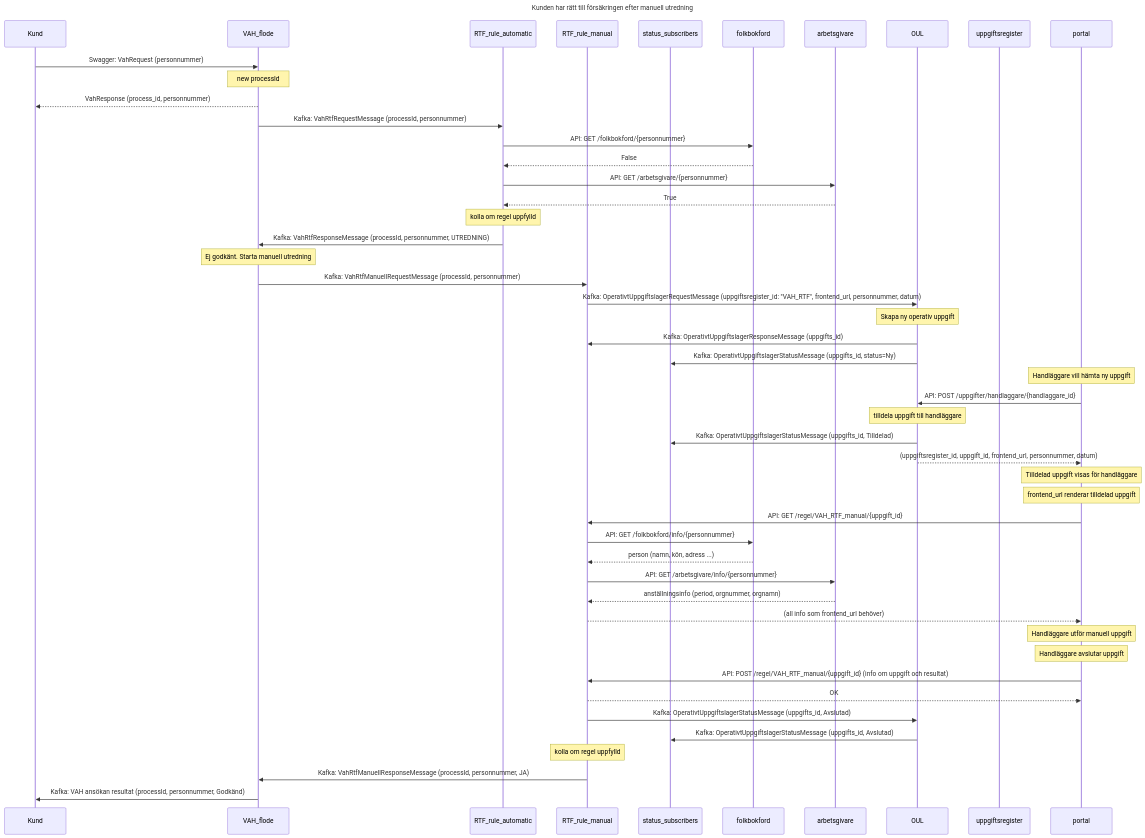
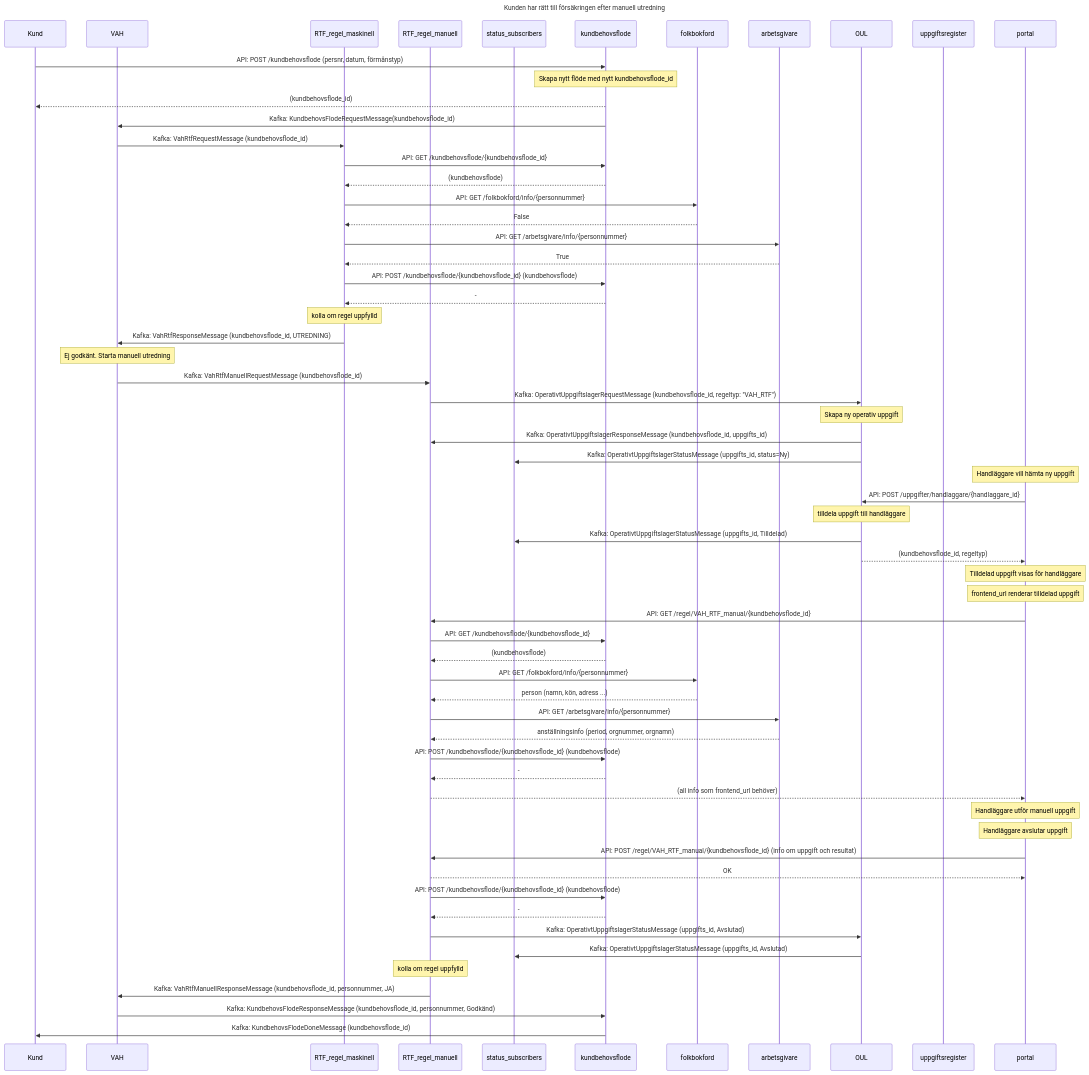
Before and after one commit to Forsakringskassan/rimfrost: the diagram in sequences/ratt_till_forsakring_manuellt_datamodel.mmd, drawn with Mermaid. The commit also changed 1 other file, not shown here.

Commit message:
feature: sekvensdiagram för kundbehovsflöde

```diff
--- a/sequences/ratt_till_forsakring_manuellt_datamodel.mmd
+++ b/sequences/ratt_till_forsakring_manuellt_datamodel.mmd
@@ -1,59 +1,80 @@
 sequenceDiagram
     title Kunden har rätt till försäkringen efter manuell utredning
     participant Kund
-    participant VAH_flode
-    participant RTF_rule_automatic
-    participant RTF_rule_manual
+    participant VAH
+    participant RTF_regel_maskinell
+    participant RTF_regel_manuell
     participant status_subscribers
+    participant kundbehovsflode
     participant folkbokford
     participant arbetsgivare
     participant OUL
     participant uppgiftsregister
     participant portal
 
-    Kund ->> VAH_flode: Swagger: VahRequest (personnummer)
-    note over VAH_flode: new processId
-    VAH_flode -->> Kund: VahResponse (process_id, personnummer)
-    VAH_flode ->> RTF_rule_automatic: Kafka: VahRtfRequestMessage (processId, personnummer)
-    RTF_rule_automatic ->> folkbokford: API: GET /folkbokford/{personnummer}
-    folkbokford -->> RTF_rule_automatic: False
-    RTF_rule_automatic ->> arbetsgivare: API:  GET /arbetsgivare/{personnummer}
-    arbetsgivare -->> RTF_rule_automatic: True
-    note over RTF_rule_automatic: kolla om regel uppfylld
-    RTF_rule_automatic ->> VAH_flode: Kafka: VahRtfResponseMessage (processId, personnummer, UTREDNING)
-    note over VAH_flode: Ej godkänt. Starta manuell utredning
+    Kund ->> kundbehovsflode: API: POST /kundbehovsflode (persnr, datum, förmånstyp)
+    note over kundbehovsflode: Skapa nytt flöde med nytt kundbehovsflode_id
+    kundbehovsflode -->> Kund: (kundbehovsflode_id)
 
-    VAH_flode ->> RTF_rule_manual: Kafka: VahRtfManuellRequestMessage (processId, personnummer)
-    RTF_rule_manual ->> OUL: Kafka: OperativtUppgiftslagerRequestMessage (uppgiftsregister_id: "VAH_RTF", frontend_url, personnummer, datum)
+    kundbehovsflode ->> VAH: Kafka: KundbehovsFlodeRequestMessage(kundbehovsflode_id)
+    VAH ->> RTF_regel_maskinell: Kafka: VahRtfRequestMessage (kundbehovsflode_id)
+    RTF_regel_maskinell ->> kundbehovsflode: API: GET /kundbehovsflode/{kundbehovsflode_id}
+    kundbehovsflode -->> RTF_regel_maskinell: (kundbehovsflode)
+    RTF_regel_maskinell ->> folkbokford: API: GET /folkbokford/info/{personnummer}
+    folkbokford -->> RTF_regel_maskinell: False
+    RTF_regel_maskinell ->> arbetsgivare: API:  GET /arbetsgivare/info/{personnummer}
+    arbetsgivare -->> RTF_regel_maskinell: True
+
+    RTF_regel_maskinell ->> kundbehovsflode: API: POST /kundbehovsflode/{kundbehovsflode_id} (kundbehovsflode)
+    kundbehovsflode -->> RTF_regel_maskinell: -
+
+    note over RTF_regel_maskinell: kolla om regel uppfylld
+    RTF_regel_maskinell ->> VAH: Kafka: VahRtfResponseMessage (kundbehovsflode_id, UTREDNING)
+    note over VAH: Ej godkänt. Starta manuell utredning
+
+    VAH ->> RTF_regel_manuell: Kafka: VahRtfManuellRequestMessage (kundbehovsflode_id)
+    RTF_regel_manuell ->> OUL: Kafka: OperativtUppgiftslagerRequestMessage (kundbehovsflode_id, regeltyp: "VAH_RTF")
     note over OUL: Skapa ny operativ uppgift
-    OUL ->> RTF_rule_manual: Kafka: OperativtUppgiftslagerResponseMessage (uppgifts_id)
+    OUL ->> RTF_regel_manuell: Kafka: OperativtUppgiftslagerResponseMessage (kundbehovsflode_id, uppgifts_id)
     OUL ->> status_subscribers: Kafka: OperativtUppgiftslagerStatusMessage (uppgifts_id, status=Ny)
     note over portal: Handläggare vill hämta ny uppgift
     portal ->> OUL: API: POST /uppgifter/handlaggare/{handlaggare_id}
     note over OUL: tilldela uppgift till handläggare
     OUL ->> status_subscribers: Kafka: OperativtUppgiftslagerStatusMessage (uppgifts_id, Tilldelad)
-    OUL -->> portal: (uppgiftsregister_id, uppgift_id, frontend_url, personnummer, datum)
+    OUL -->> portal: (kundbehovsflode_id, regeltyp)
     note over portal: Tilldelad uppgift visas för handläggare
     note over portal: frontend_url renderar tilldelad uppgift
 
-    portal ->> RTF_rule_manual: API: GET /regel/VAH_RTF_manual/{uppgift_id}
-    RTF_rule_manual ->> folkbokford: API: GET /folkbokford/info/{personnummer}
-    folkbokford -->> RTF_rule_manual: person (namn, kön, adress ...)
+    portal ->> RTF_regel_manuell: API: GET /regel/VAH_RTF_manual/{kundbehovsflode_id}
+    RTF_regel_manuell ->> kundbehovsflode: API: GET /kundbehovsflode/{kundbehovsflode_id}
+    kundbehovsflode -->> RTF_regel_manuell: (kundbehovsflode)
 
-    RTF_rule_manual ->> arbetsgivare: API: GET /arbetsgivare/info/{personnummer}
-    arbetsgivare -->> RTF_rule_manual: anställningsinfo (period, orgnummer, orgnamn)
+    RTF_regel_manuell ->> folkbokford: API: GET /folkbokford/info/{personnummer}
+    folkbokford -->> RTF_regel_manuell: person (namn, kön, adress ...)
 
-    RTF_rule_manual -->> portal: (all info som frontend_url behöver)
+    RTF_regel_manuell ->> arbetsgivare: API: GET /arbetsgivare/info/{personnummer}
+    arbetsgivare -->> RTF_regel_manuell: anställningsinfo (period, orgnummer, orgnamn)
+
+    RTF_regel_manuell ->> kundbehovsflode: API: POST /kundbehovsflode/{kundbehovsflode_id} (kundbehovsflode)
+    kundbehovsflode -->> RTF_regel_manuell: -
+
+    RTF_regel_manuell -->> portal: (all info som frontend_url behöver)
 
     note over portal: Handläggare utför manuell uppgift
     note over portal: Handläggare avslutar uppgift
 
-    portal ->>  RTF_rule_manual:API: POST /regel/VAH_RTF_manual/{uppgift_id} (info om uppgift och resultat)
-    RTF_rule_manual -->> portal: OK
-    RTF_rule_manual ->> OUL: Kafka: OperativtUppgiftslagerStatusMessage (uppgifts_id, Avslutad)
+    portal ->>  RTF_regel_manuell:API: POST /regel/VAH_RTF_manual/{kundbehovsflode_id} (info om uppgift och resultat)
+    RTF_regel_manuell -->> portal: OK
+
+    RTF_regel_manuell ->> kundbehovsflode: API: POST /kundbehovsflode/{kundbehovsflode_id} (kundbehovsflode)
+    kundbehovsflode -->> RTF_regel_manuell: -
+
+    RTF_regel_manuell ->> OUL: Kafka: OperativtUppgiftslagerStatusMessage (uppgifts_id, Avslutad)
     OUL ->> status_subscribers: Kafka: OperativtUppgiftslagerStatusMessage (uppgifts_id, Avslutad)
 
-    note over RTF_rule_manual: kolla om regel uppfylld
-    RTF_rule_manual ->> VAH_flode: Kafka: VahRtfManuellResponseMessage (processId, personnummer, JA)
+    note over RTF_regel_manuell: kolla om regel uppfylld
+    RTF_regel_manuell ->> VAH: Kafka: VahRtfManuellResponseMessage (kundbehovsflode_id, personnummer, JA)
 
-    VAH_flode ->> Kund: Kafka: VAH ansökan resultat (processId, personnummer, Godkänd)
+    VAH ->> kundbehovsflode: Kafka: KundbehovsFlodeResponseMessage (kundbehovsflode_id, personnummer, Godkänd)
+
+    kundbehovsflode ->> Kund: Kafka: KundbehovsFlodeDoneMessage (kundbehovsflode_id)
```
